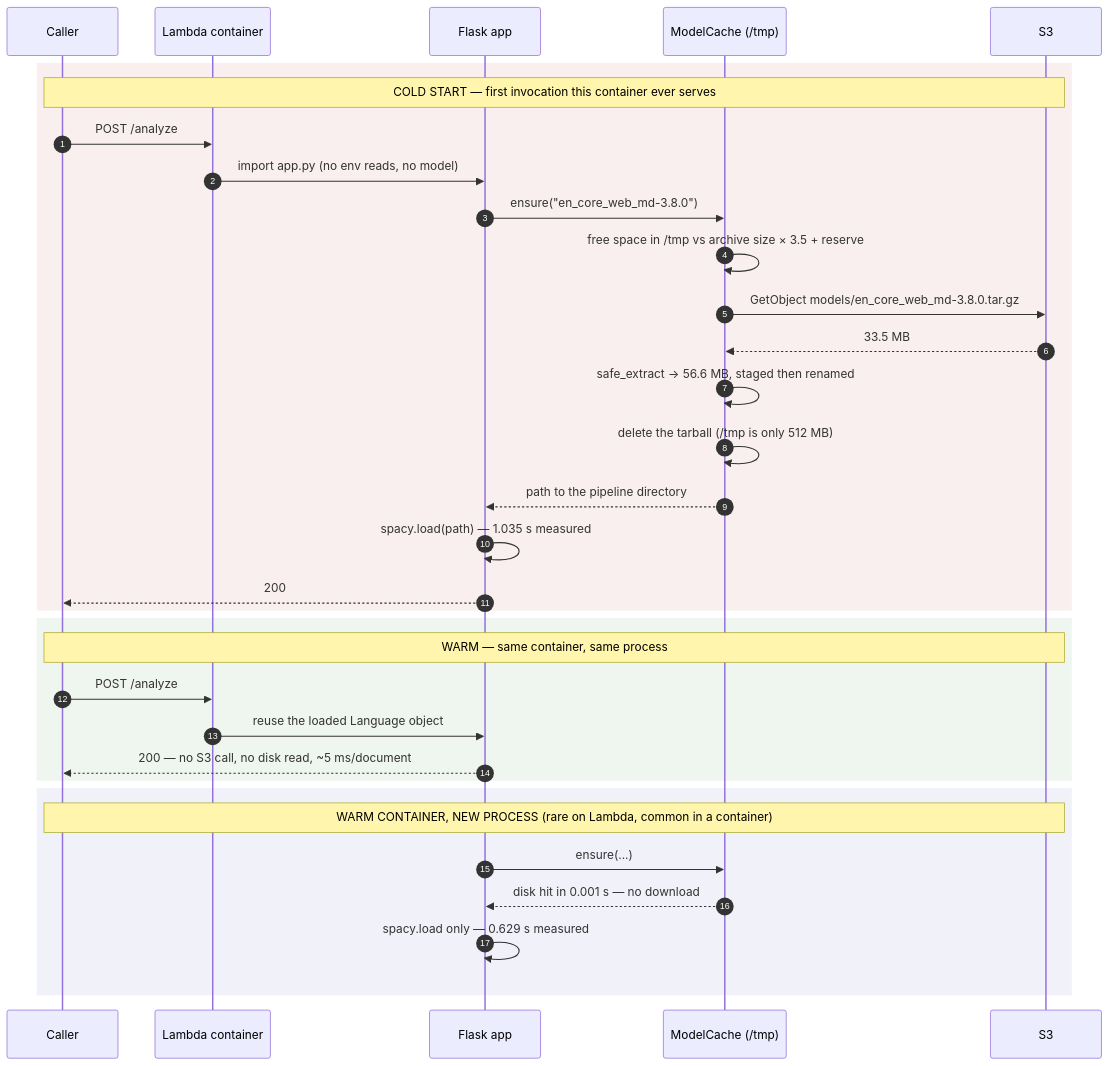
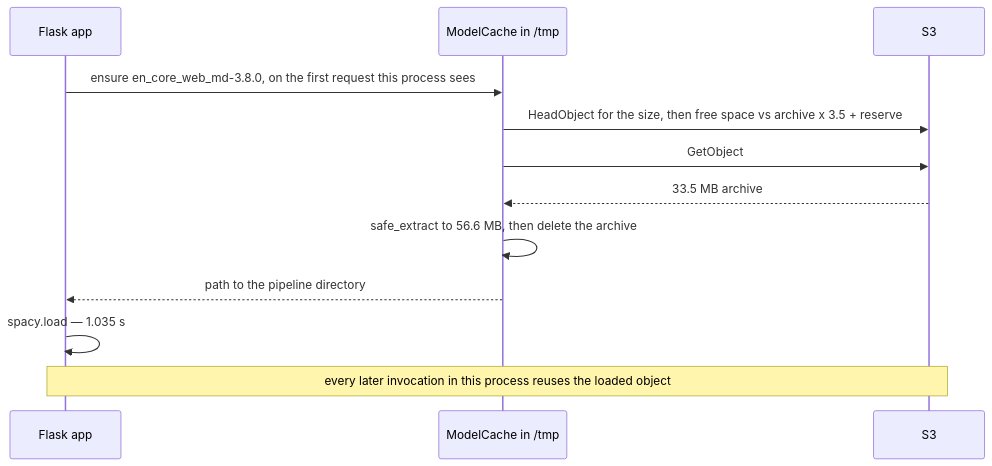
One commit to dev-sas002/serverless-nlp-api changed the diagram in README.md. Above: the diagram before and after it, drawn with Mermaid. The commit also changed other lines of this file, not shown here.

````diff
--- a/README.md
+++ b/README.md
@@ -142,38 +23,14 @@
 ```mermaid
 sequenceDiagram
-    autonumber
-    participant U as Caller
-    participant L as Lambda container
     participant A as Flask app
-    participant C as ModelCache (/tmp)
+    participant C as ModelCache in /tmp
     participant S as S3
-
-    rect rgba(200, 120, 120, 0.12)
-        Note over U,S: COLD START — first invocation this container ever serves
-        U->>L: POST /analyze
-        L->>A: import app.py (no env reads, no model)
-        A->>C: ensure("en_core_web_md-3.8.0")
-        C->>C: free space in /tmp vs archive size × 3.5 + reserve
-        C->>S: GetObject models/en_core_web_md-3.8.0.tar.gz
-        S-->>C: 33.5 MB
-        C->>C: safe_extract → 56.6 MB, staged then renamed
-        C->>C: delete the tarball (/tmp is only 512 MB)
-        C-->>A: path to the pipeline directory
-        A->>A: spacy.load(path) — 1.035 s measured
-        A-->>U: 200
-    end
-
-    rect rgba(120, 170, 120, 0.12)
-        Note over U,S: WARM — same container, same process
-        U->>L: POST /analyze
-        L->>A: reuse the loaded Language object
-        A-->>U: 200 — no S3 call, no disk read, ~5 ms/document
-    end
-
-    rect rgba(140, 150, 200, 0.12)
-        Note over U,S: WARM CONTAINER, NEW PROCESS (rare on Lambda, common in a container)
-        A->>C: ensure(...)
-        C-->>A: disk hit in 0.001 s — no download
-        A->>A: spacy.load only — 0.629 s measured
-    end
+    A->>C: ensure en_core_web_md-3.8.0, on the first request this process sees
+    C->>S: HeadObject for the size, then free space vs archive x 3.5 + reserve
+    C->>S: GetObject
+    S-->>C: 33.5 MB archive
+    C->>C: safe_extract to 56.6 MB, then delete the archive
+    C-->>A: path to the pipeline directory
+    A->>A: spacy.load — 1.035 s
+    Note over A,S: every later invocation in this process reuses the loaded object
 ```
````
